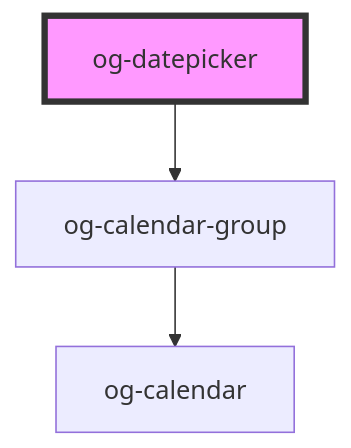
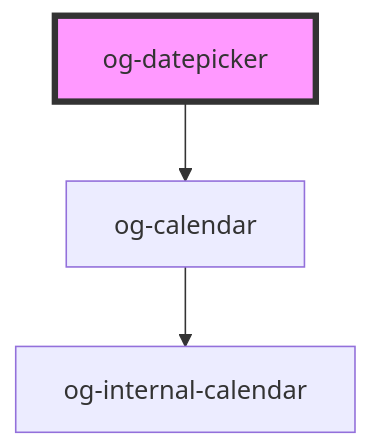
One commit to orgenic/orgenic-ui changed the diagram in src/components/og-datepicker/readme.md. Above: the diagram before and after it, drawn with Mermaid. The commit also changed other lines of this file and 15 other files, not shown here.

Commit message:
renamed og-calendar and og-calendar-group

````diff
--- a/src/components/og-datepicker/readme.md
+++ b/src/components/og-datepicker/readme.md
@@ -63,6 +63,6 @@
 ```mermaid
 graph TD;
-  og-datepicker --> og-calendar-group
-  og-calendar-group --> og-calendar
+  og-datepicker --> og-calendar
+  og-calendar --> og-internal-calendar
   style og-datepicker fill:#f9f,stroke:#333,stroke-width:4px
 ```
````
